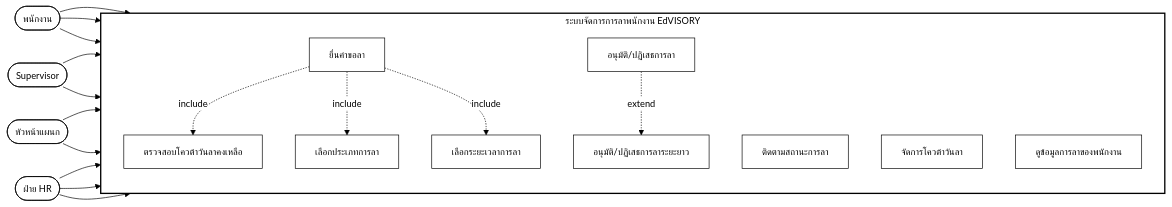
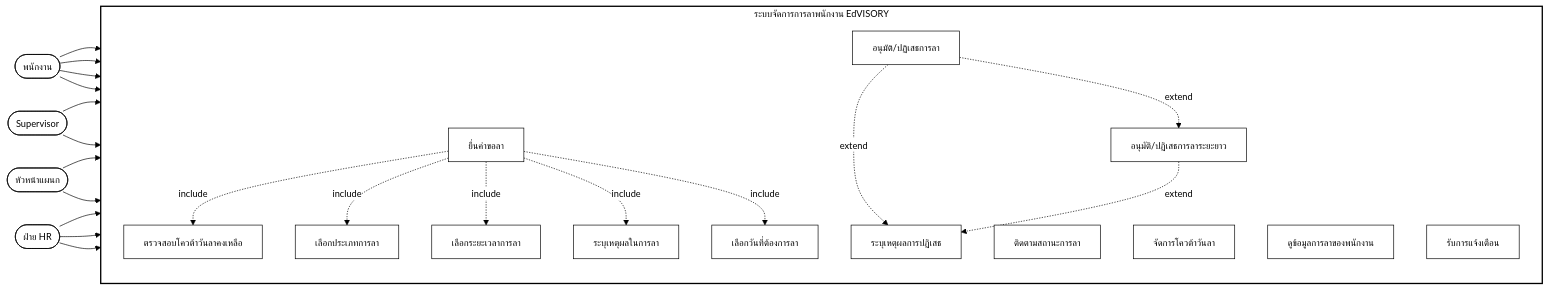
Before and after one commit to TezukaStar/employee-leave-management-system: the diagram in diagrams/mermaid/use-case-diagram.mmd, drawn with Mermaid. The commit also changed 17 other files, not shown here.

Commit message:
update doc and diagram

```diff
--- a/diagrams/mermaid/use-case-diagram.mmd
+++ b/diagrams/mermaid/use-case-diagram.mmd
@@ -1,39 +1,45 @@
 %%{init: {
   'theme': 'base',
   'themeVariables': {
     'primaryColor': '#ffffff',
     'primaryTextColor': '#000000',
     'primaryBorderColor': '#000000',
     'lineColor': '#000000',
     'secondaryColor': '#ffffff',
     'tertiaryColor': '#ffffff',
     'fontSize': '14px'
   },
   'layout': 'fixed'
 }}%%
 
 flowchart LR
  classDef white fill:#ffffff,stroke:#000000
  classDef whiteWithBold stroke:#000000,stroke-width:2px
  
  subgraph System["ระบบจัดการการลาพนักงาน EdVISORY"]
     direction TB
         UC1["ตรวจสอบโควต้าวันลาคงเหลือ"]
         UC2["ยื่นคำขอลา"]
         UC3["เลือกประเภทการลา"]
         UC4["เลือกระยะเวลาการลา"]
-        UC5["ติดตามสถานะการลา"]
-        UC6["อนุมัติ/ปฏิเสธการลา"]
-        UC7["อนุมัติ/ปฏิเสธการลาระยะยาว"]
-        UC8["จัดการโควต้าวันลา"]
-        UC9["ดูข้อมูลการลาของพนักงาน"]
+        UC13["เลือกวันที่ต้องการลา"]
+        UC5["ระบุเหตุผลในการลา"]
+        UC6["ติดตามสถานะการลา"]
+        UC7["อนุมัติ/ปฏิเสธการลา"]
+        UC8["ระบุเหตุผลการปฏิเสธ"]
+        UC9["อนุมัติ/ปฏิเสธการลาระยะยาว"]
+        UC10["จัดการโควต้าวันลา"]
+        UC11["ดูข้อมูลการลาของพนักงาน"]
+        UC12["รับการแจ้งเตือน"]
   end
-    Employee(["พนักงาน"]) --> UC1 & UC2 & UC5
-    Supervisor(["Supervisor"]) --> UC6 & UC9
-    DeptHead(["หัวหน้าแผนก"]) --> UC7 & UC9
-    HR(["ฝ่าย HR"]) --> UC6 & UC8 & UC9
-    UC2 -. include .-> UC3 & UC4 & UC1
-    UC6 -. extend .-> UC7
+    Employee(["พนักงาน"]) --> UC1 & UC2 & UC6 & UC12
+    Supervisor(["Supervisor"]) --> UC7 & UC11
+    DeptHead(["หัวหน้าแผนก"]) --> UC9 & UC11
+    HR(["ฝ่าย HR"]) --> UC7 & UC10 & UC11
+    UC2 -. include .-> UC3 & UC4 & UC1 & UC5 & UC13
+    UC7 -. extend .-> UC9
+    UC7 -. extend .-> UC8
+    UC9 -. extend .-> UC8
     
     class System whiteWithBold
-    class Employee,Supervisor,DeptHead,HR,UC1,UC2,UC3,UC4,UC5,UC6,UC7,UC8,UC9 white
+    class Employee,Supervisor,DeptHead,HR,UC1,UC2,UC3,UC4,UC5,UC6,UC7,UC8,UC9,UC10,UC11,UC12,UC13 white
```
